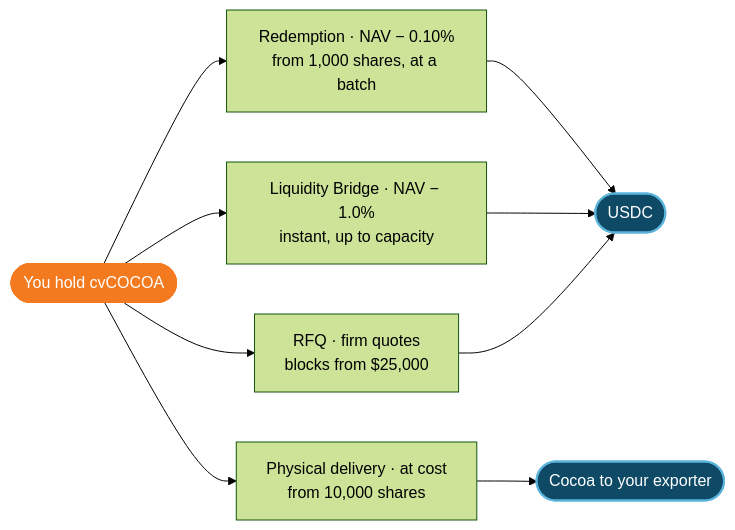
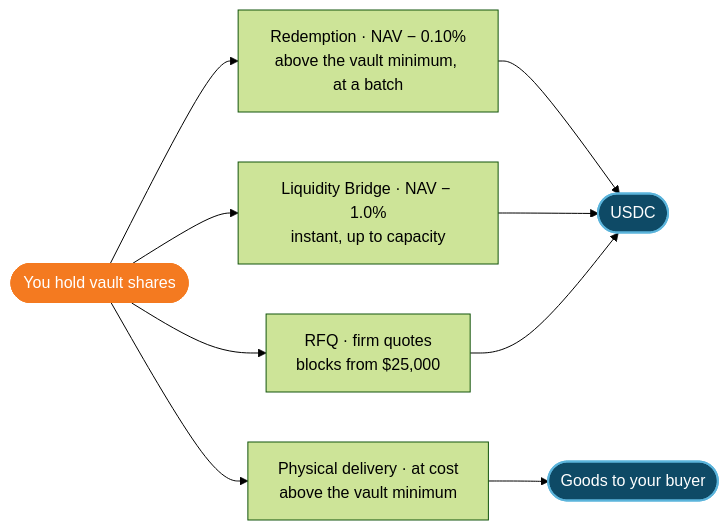
One commit to cargofinance/documentation changed the diagram in products/deposits-and-withdrawals.mdx. Above: the diagram before and after it, drawn with Mermaid (forest theme). The commit also changed other lines of this file and 32 other files, not shown here.

First line of the commit message:
Reframe docs around real-world assets in general; keep Cameroon cocoa to the Genesis Vault

````diff
--- a/products/deposits-and-withdrawals.mdx
+++ b/products/deposits-and-withdrawals.mdx
@@ -62,11 +64,11 @@
 ```mermaid
 flowchart LR
-    H(["You hold cvCOCOA"]) --> R["Redemption · NAV − 0.10%<br/>from 1,000 shares, at a batch"] --> U(["USDC"])
+    H(["You hold vault shares"]) --> R["Redemption · NAV − 0.10%<br/>above the vault minimum, at a batch"] --> U(["USDC"])
     H --> B["Liquidity Bridge · NAV − 1.0%<br/>instant, up to capacity"] --> U
     H --> Q["RFQ · firm quotes<br/>blocks from $25,000"] --> U
-    H --> P["Physical delivery · at cost<br/>from 10,000 shares"] --> K(["Cocoa to your exporter"])
+    H --> P["Physical delivery · at cost<br/>above the vault minimum"] --> K(["Goods to your buyer"])
     classDef key fill:#0E4A66,stroke:#5BB4DB,stroke-width:2px,color:#ffffff
     classDef accent fill:#F47A20,stroke:#F47A20,color:#ffffff
     class H accent
     class U,K key
 ```
````
